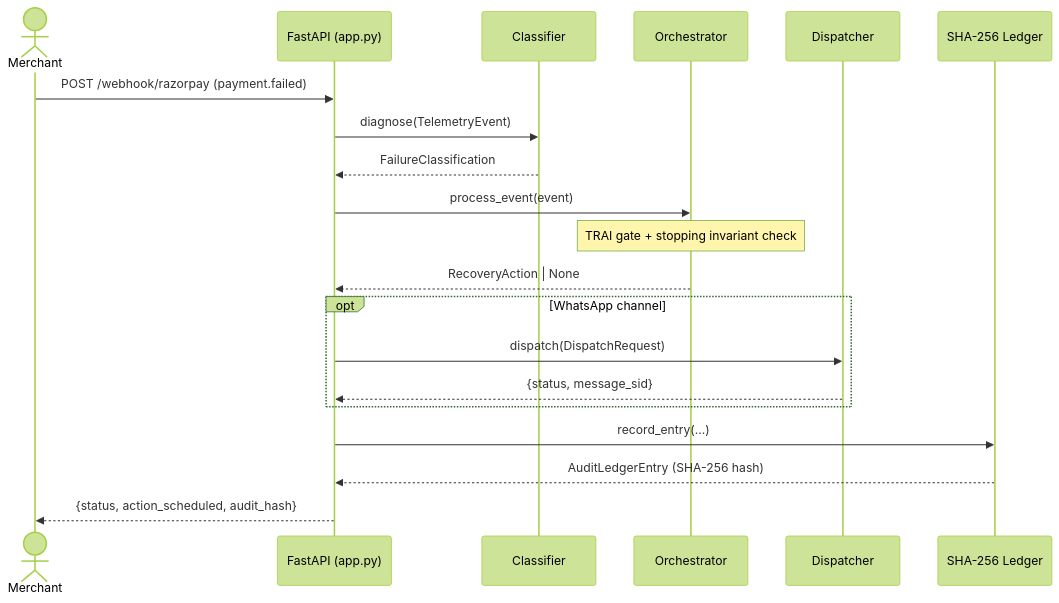
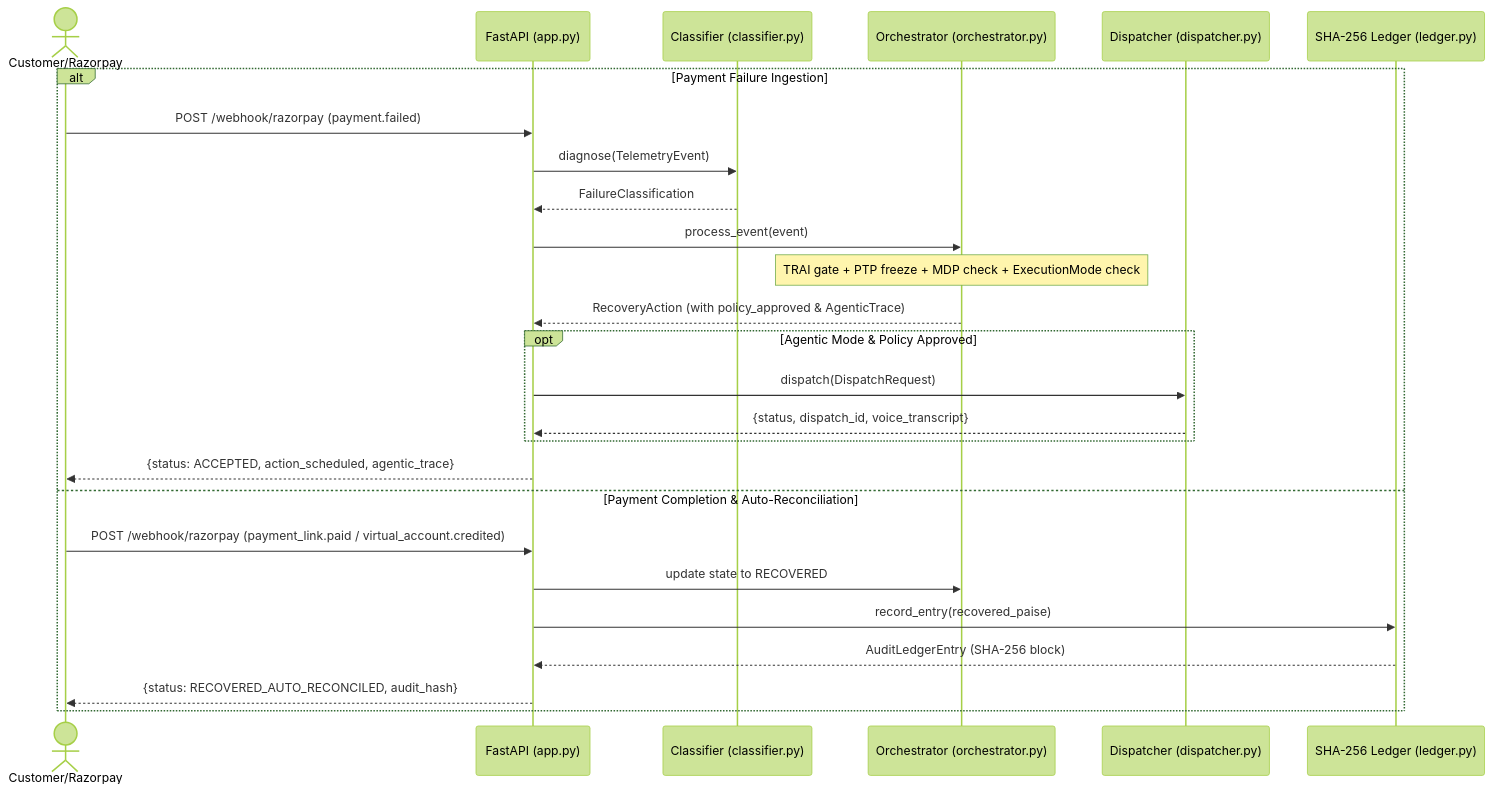
One commit to prathamamritkar/revive changed the diagram in TECHNICAL.md. Above: the diagram before and after it, drawn with Mermaid (forest theme). The commit also changed other lines of this file and 6 other files, not shown here.

Commit message:
docs: update system architecture, hackathon evaluation guide, demo runbook, and setup guide

````diff
--- a/TECHNICAL.md
+++ b/TECHNICAL.md
@@ -28,23 +32,29 @@
 ```mermaid
 sequenceDiagram
-    actor Merchant
+    actor Customer/Razorpay
     participant API as FastAPI (app.py)
-    participant Clf as Classifier
-    participant Orch as Orchestrator
-    participant Disp as Dispatcher
-    participant Ledger as SHA-256 Ledger
+    participant Clf as Classifier (classifier.py)
+    participant Orch as Orchestrator (orchestrator.py)
+    participant Disp as Dispatcher (dispatcher.py)
+    participant Ledger as SHA-256 Ledger (ledger.py)
 
-    Merchant->>API: POST /webhook/razorpay (payment.failed)
-    API->>Clf: diagnose(TelemetryEvent)
-    Clf-->>API: FailureClassification
-    API->>Orch: process_event(event)
-    Note over Orch: TRAI gate + stopping invariant check
-    Orch-->>API: RecoveryAction | None
-    opt WhatsApp channel
-        API->>Disp: dispatch(DispatchRequest)
-        Disp-->>API: {status, message_sid}
+    alt Payment Failure Ingestion
+        Customer/Razorpay->>API: POST /webhook/razorpay (payment.failed)
+        API->>Clf: diagnose(TelemetryEvent)
+        Clf-->>API: FailureClassification
+        API->>Orch: process_event(event)
+        Note over Orch: TRAI gate + PTP freeze + MDP check + ExecutionMode check
+        Orch-->>API: RecoveryAction (with policy_approved & AgenticTrace)
+        opt Agentic Mode & Policy Approved
+            API->>Disp: dispatch(DispatchRequest)
+            Disp-->>API: {status, dispatch_id, voice_transcript}
+        end
+        API-->>Customer/Razorpay: {status: ACCEPTED, action_scheduled, agentic_trace}
+    else Payment Completion & Auto-Reconciliation
+        Customer/Razorpay->>API: POST /webhook/razorpay (payment_link.paid / virtual_account.credited)
+        API->>Orch: update state to RECOVERED
+        API->>Ledger: record_entry(recovered_paise)
+        Ledger-->>API: AuditLedgerEntry (SHA-256 block)
+        API-->>Customer/Razorpay: {status: RECOVERED_AUTO_RECONCILED, audit_hash}
     end
-    API->>Ledger: record_entry(...)
-    Ledger-->>API: AuditLedgerEntry (SHA-256 hash)
-    API-->>Merchant: {status, action_scheduled, audit_hash}
 ```
````
